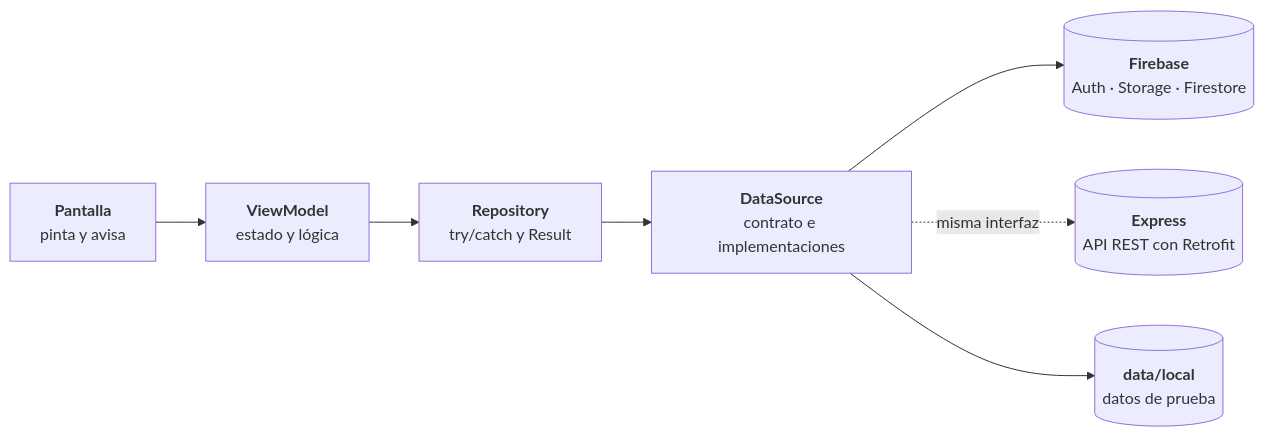
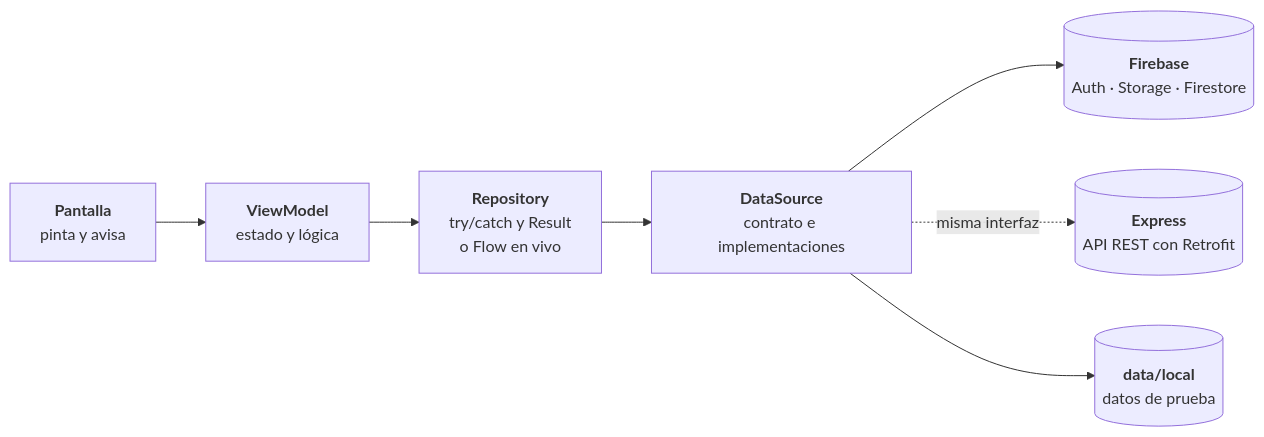
The diagram in README.md (AndresContreras1/Mixtapp), drawn with Mermaid before and after one commit. The commit also changed other lines of this file, not shown here.

````diff
--- a/README.md
+++ b/README.md
@@ -58,15 +65,15 @@
 ```mermaid
 flowchart LR
     S["<b>Pantalla</b><br/>pinta y avisa"]
     V["<b>ViewModel</b><br/>estado y lógica"]
-    R["<b>Repository</b><br/>try/catch y Result"]
+    R["<b>Repository</b><br/>try/catch y Result<br/>o Flow en vivo"]
     D["<b>DataSource</b><br/>contrato e implementaciones"]
     F[("<b>Firebase</b><br/>Auth · Storage · Firestore")]
     E[("<b>Express</b><br/>API REST con Retrofit")]
     L[("<b>data/local</b><br/>datos de prueba")]
 
     S --> V --> R --> D
     D --> F
     D -. "misma interfaz" .-> E
     D --> L
 ```
````
